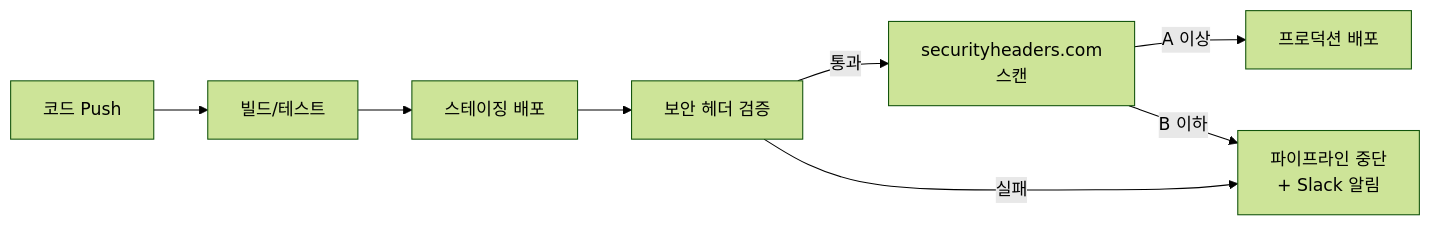
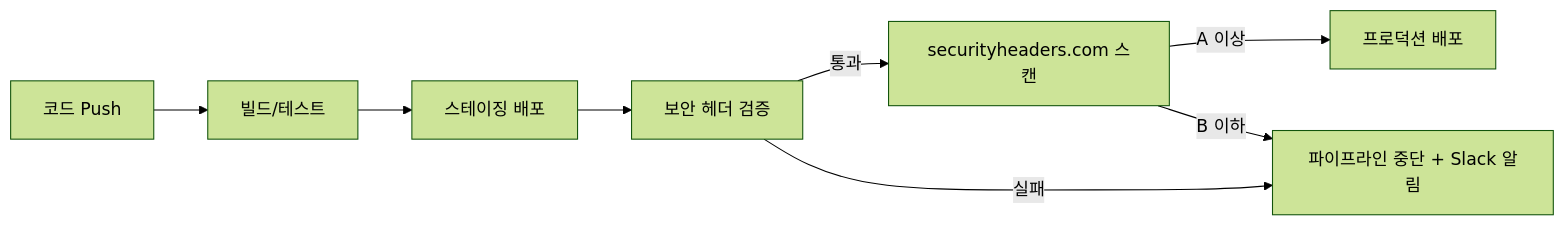
One commit to GYUTORY/YGSTUDY changed the fourth of 4 diagrams in Develop/Security/CORS_and_Security_Headers.md. Above: the diagram before and after it, drawn with Mermaid (forest theme). The commit also changed other lines of this file and 5 other files, not shown here.

````diff
--- a/Develop/Security/CORS_and_Security_Headers.md
+++ b/Develop/Security/CORS_and_Security_Headers.md
@@ -458,10 +871,10 @@
 ```mermaid
 flowchart LR
     A[코드 Push] --> B[빌드/테스트]
     B --> C[스테이징 배포]
     C --> D[보안 헤더 검증]
-    D -->|통과| E[securityheaders.com<br/>스캔]
+    D -->|통과| E[securityheaders.com 스캔]
     E -->|A 이상| F[프로덕션 배포]
-    D -->|실패| G[파이프라인 중단<br/>+ Slack 알림]
+    D -->|실패| G[파이프라인 중단 + Slack 알림]
     E -->|B 이하| G
 ```
````
